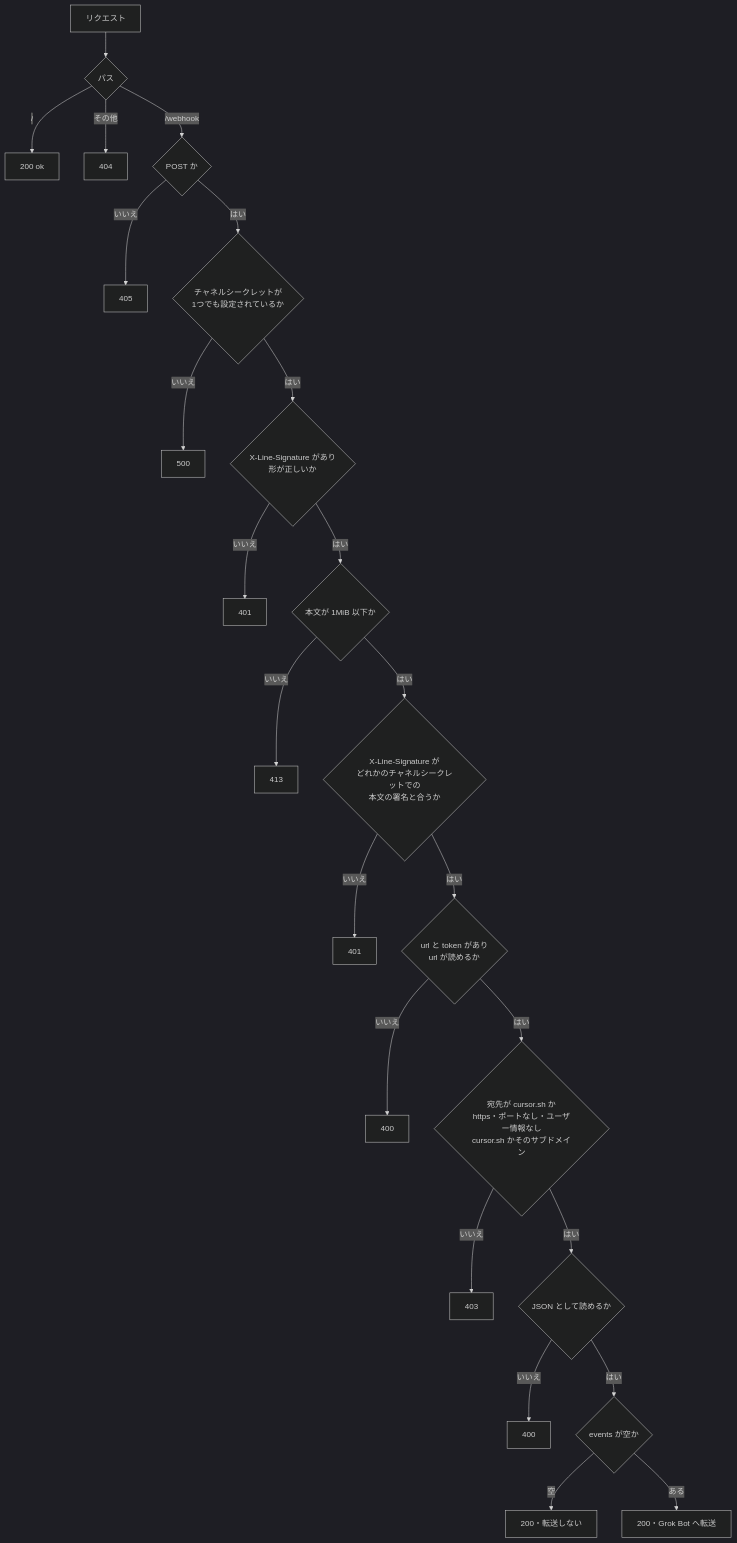
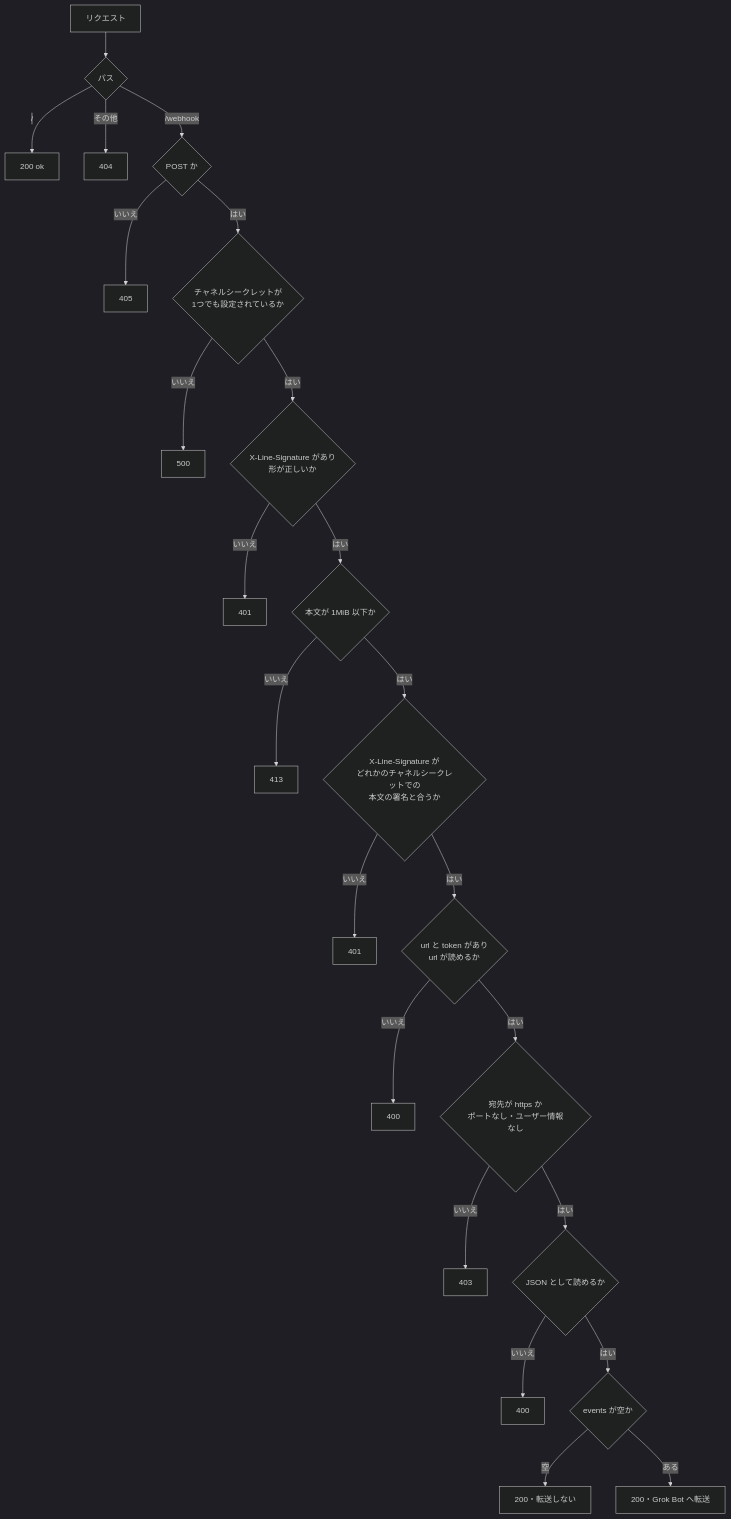
The second of 2 diagrams in README.md (cloud-position/grok-bot-line-relay), drawn with Mermaid (dark theme) before and after one commit. The commit also changed other lines of this file and 3 other files, not shown here.

````diff
--- a/README.md
+++ b/README.md
@@ -143,25 +144,25 @@
 ```mermaid
 flowchart TD
     A[リクエスト] --> B{パス}
     B -- / --> OK[200 ok]
     B -- その他 --> N404[404]
     B -- /webhook --> C{POST か}
     C -- いいえ --> N405[405]
     C -- はい --> S{チャネルシークレットが<br/>1つでも設定されているか}
     S -- いいえ --> N500[500]
     S -- はい --> P{X-Line-Signature があり<br/>形が正しいか}
     P -- いいえ --> N401a[401]
     P -- はい --> F{本文が 1MiB 以下か}
     F -- いいえ --> N413[413]
     F -- はい --> K{X-Line-Signature が<br/>どれかのチャネルシークレットでの<br/>本文の署名と合うか}
     K -- いいえ --> N401b[401]
     K -- はい --> D{url と token があり<br/>url が読めるか}
     D -- いいえ --> N400a[400]
-    D -- はい --> E{宛先が cursor.sh か<br/>https・ポートなし・ユーザー情報なし<br/>cursor.sh かそのサブドメイン}
+    D -- はい --> E{宛先が https か<br/>ポートなし・ユーザー情報なし}
     E -- いいえ --> N403[403]
     E -- はい --> G{JSON として読めるか}
     G -- いいえ --> N400b[400]
     G -- はい --> H{events が空か}
     H -- 空 --> R200a[200・転送しない]
     H -- ある --> R200b[200・Grok Bot へ転送]
 ```
````
